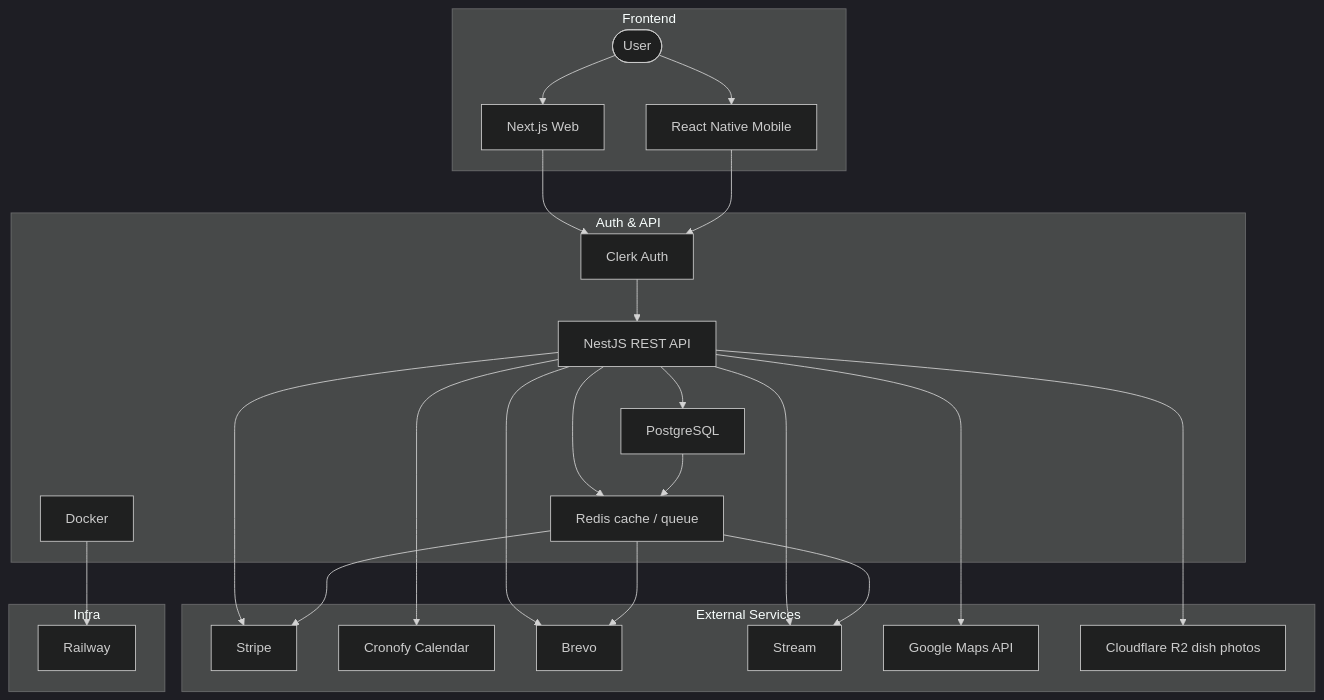
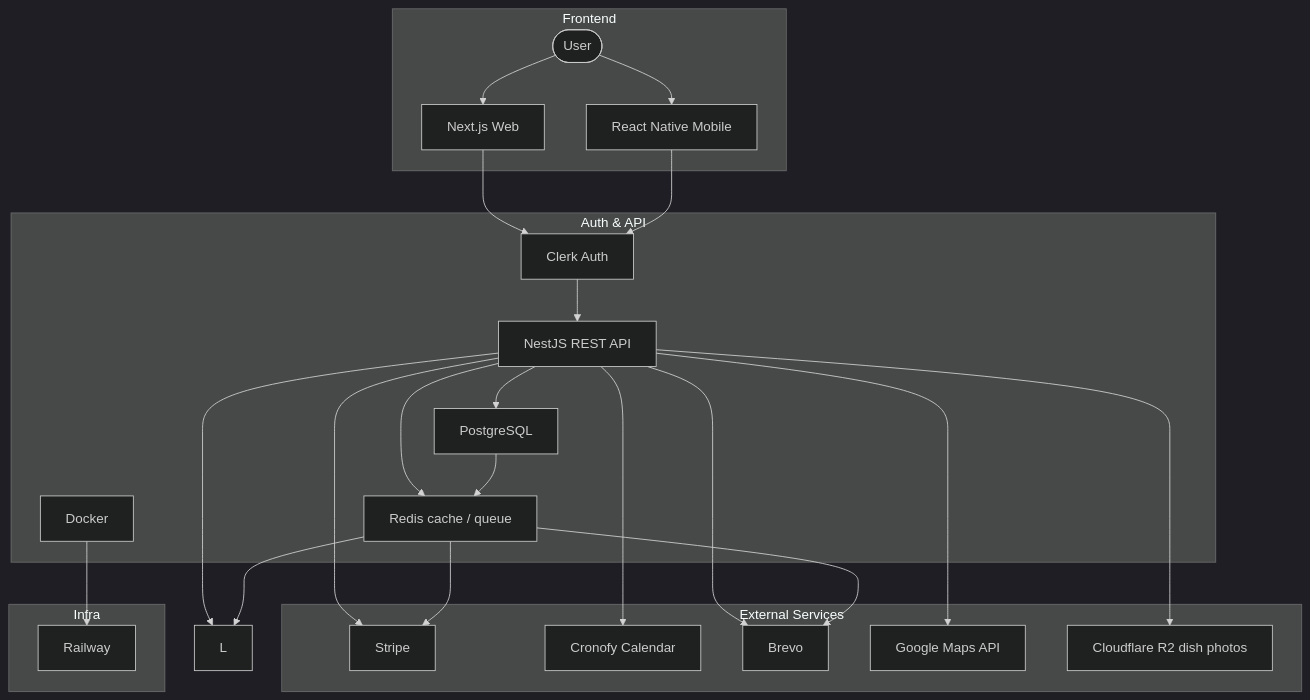
One commit to LabsFood/LF-BackEnd changed the diagram in README.md. Above: the diagram before and after it, drawn with Mermaid (dark theme). The commit also changed other lines of this file and 43 other files, not shown here.

````diff
--- a/README.md
+++ b/README.md
@@ -44,48 +44,47 @@
 ```mermaid
 graph TD
     subgraph Frontend
         A([User])
         B[Next.js Web]
         C[React Native Mobile]
     end
 
     subgraph Auth_and_API["Auth & API"]
         D[Clerk Auth]
         E[NestJS REST API]
         F[Docker]
         G[Redis cache / queue]
         H[PostgreSQL]
     end
 
     subgraph External_Services["External Services"]
         I[Stripe]
         J[Cronofy Calendar]
         K[Brevo]
-        L[Stream]
         M[Google Maps API]
         N[Cloudflare R2 dish photos]
     end
 
     subgraph Infra
         O[Railway]
     end
 
     A --> B
     A --> C
     B --> D
     C --> D
     D --> E
     E --> H
     E --> G
     E --> I
     E --> J
     E --> K
     E --> L
     E --> M
     E --> N
     G --> K
     G --> L
     G --> I
     H --> G
     F --> O
 ```
````
